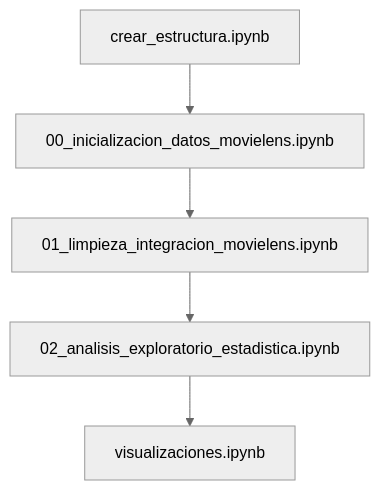
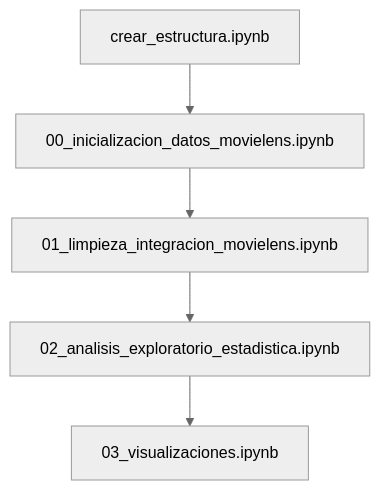
Before and after one commit to sr-jorgeemilio/Proyecto_Integrador_M1: the diagram in README.md, drawn with Mermaid (neutral theme). The commit also changed other lines of this file, not shown here.

````diff
--- a/README.md
+++ b/README.md
@@ -38,7 +38,7 @@
 ```mermaid
 flowchart TD
     A["crear_estructura.ipynb"] --> B["00_inicializacion_datos_movielens.ipynb"]
     B --> C["01_limpieza_integracion_movielens.ipynb"]
     C --> D["02_analisis_exploratorio_estadistica.ipynb"]
-    D --> E["visualizaciones.ipynb"]
+    D --> E["03_visualizaciones.ipynb"]
 ```
````
